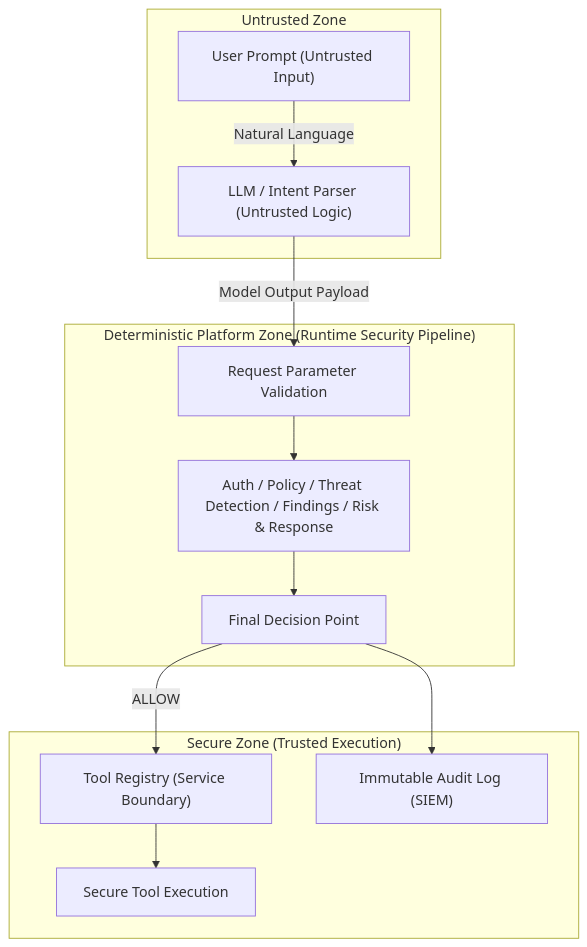
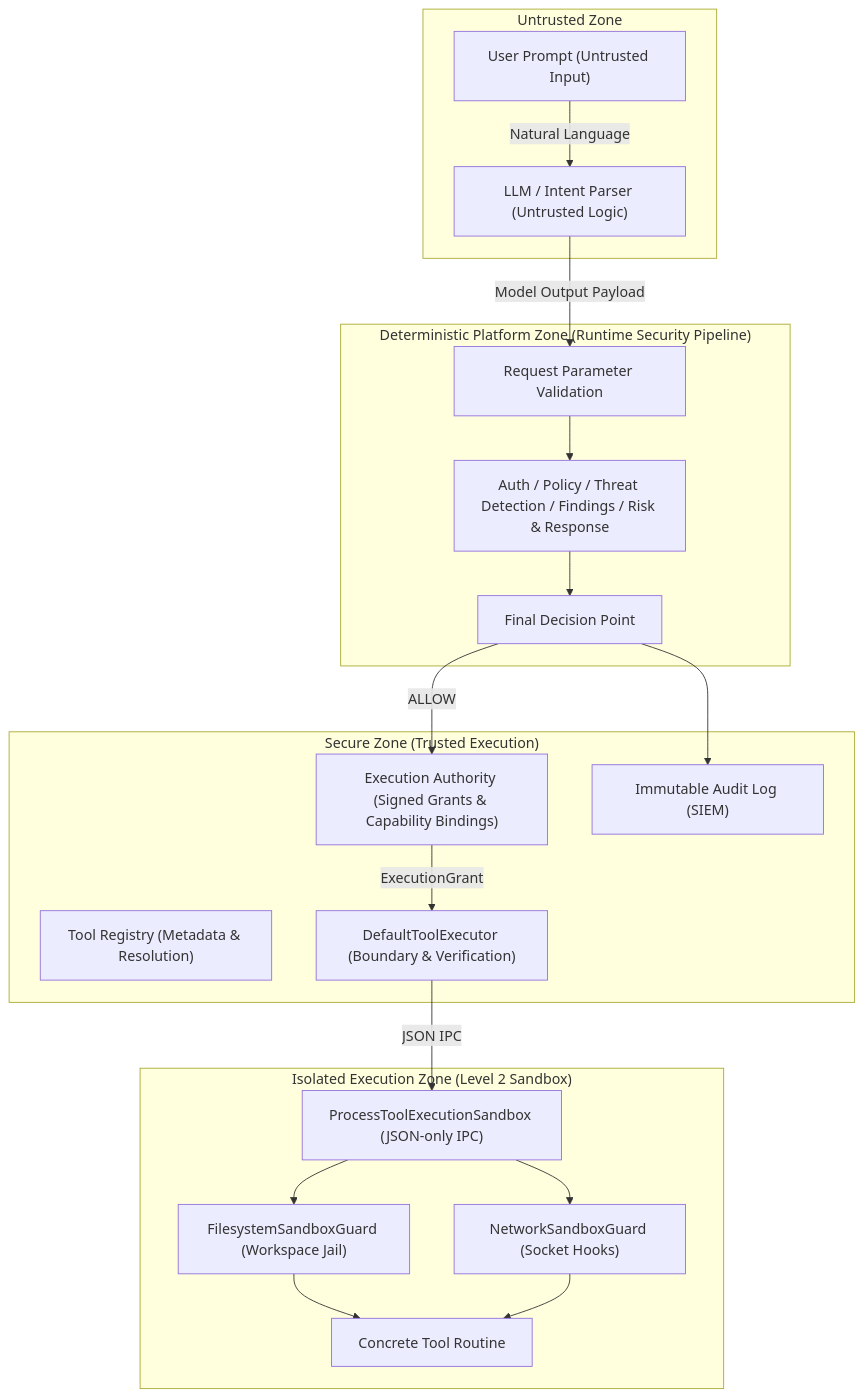
Before and after one commit to mathurshubh/enterprise-agent-security-platform: the first of 3 diagrams in docs/architecture/system-architecture.md, drawn with Mermaid. The commit also changed other lines of this file and 60 other files, not shown here.

First line of the commit message:
Runtime tool execution isolation, provenance hardening, and production execution evidence (v0.17 → v0.17.2) (#195)

````diff
--- a/docs/architecture/system-architecture.md
+++ b/docs/architecture/system-architecture.md
@@ -36,27 +36,40 @@
 ```mermaid
 flowchart TD
     subgraph UntrustedZone ["Untrusted Zone"]
         Prompt["User Prompt (Untrusted Input)"]
         LLM["LLM / Intent Parser (Untrusted Logic)"]
     end
 
     subgraph DeterministicPlatform ["Deterministic Platform Zone (Runtime Security Pipeline)"]
         Validation["Request Parameter Validation"]
         Pipeline["Auth / Policy / Threat Detection / Findings / Risk & Response"]
         FinalDecision["Final Decision Point"]
     end
 
     subgraph SecureExecutionZone ["Secure Zone (Trusted Execution)"]
-        Registry["Tool Registry (Service Boundary)"]
-        Execution["Secure Tool Execution"]
+        Registry["Tool Registry (Metadata & Resolution)"]
+        Authority["Execution Authority (Signed Grants & Capability Bindings)"]
+        Executor["DefaultToolExecutor (Boundary & Verification)"]
         Audit["Immutable Audit Log (SIEM)"]
+    end
+
+    subgraph IsolatedRuntimeZone ["Isolated Execution Zone (Level 2 Sandbox)"]
+        Sandbox["ProcessToolExecutionSandbox (JSON-only IPC)"]
+        FSGuard["FilesystemSandboxGuard (Workspace Jail)"]
+        NetGuard["NetworkSandboxGuard (Socket Hooks)"]
+        ToolCode["Concrete Tool Routine"]
     end
 
     Prompt -->|Natural Language| LLM
     LLM -->|Model Output Payload| Validation
     Validation --> Pipeline
     Pipeline --> FinalDecision
-    FinalDecision -->|ALLOW| Registry
-    Registry --> Execution
+    FinalDecision -->|ALLOW| Authority
+    Authority -->|ExecutionGrant| Executor
+    Executor -->|JSON IPC| Sandbox
+    Sandbox --> FSGuard
+    Sandbox --> NetGuard
+    FSGuard --> ToolCode
+    NetGuard --> ToolCode
     FinalDecision --> Audit
 ```
````
